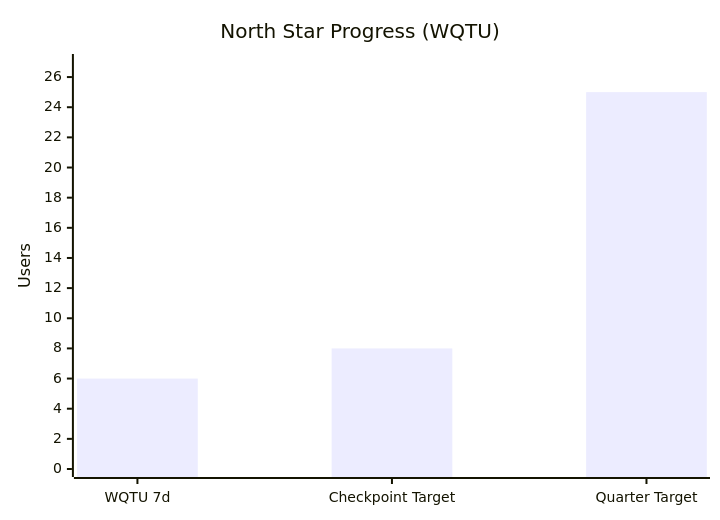
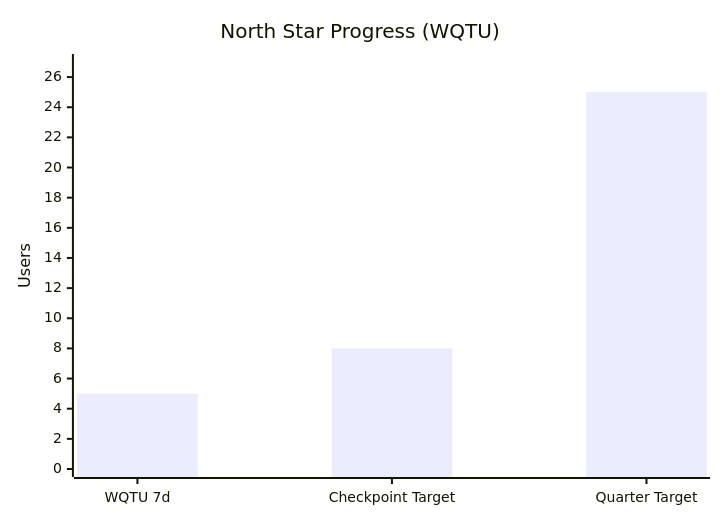
The second of 4 diagrams in wiki/Paid-Acquisition.md (IgorGanapolsky/Random-Timer), drawn with Mermaid before and after one commit. The commit also changed other lines of this file and 10 other files, not shown here.

````diff
--- a/wiki/Paid-Acquisition.md
+++ b/wiki/Paid-Acquisition.md
@@ -50,7 +50,7 @@
 ```mermaid
 xychart-beta
     title "North Star Progress (WQTU)"
     x-axis ["WQTU 7d" , "Checkpoint Target" , "Quarter Target"]
     y-axis "Users" 0 --> 27
-    bar [6 , 8 , 25]
+    bar [5 , 8 , 25]
 ```
````
